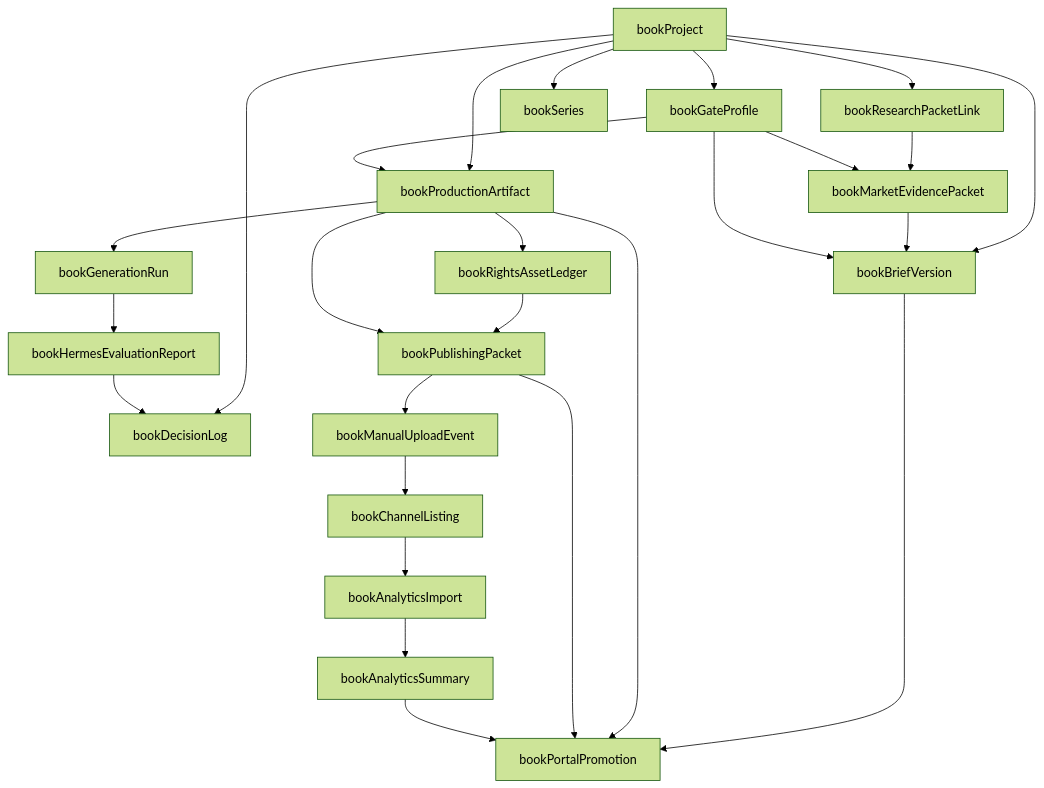
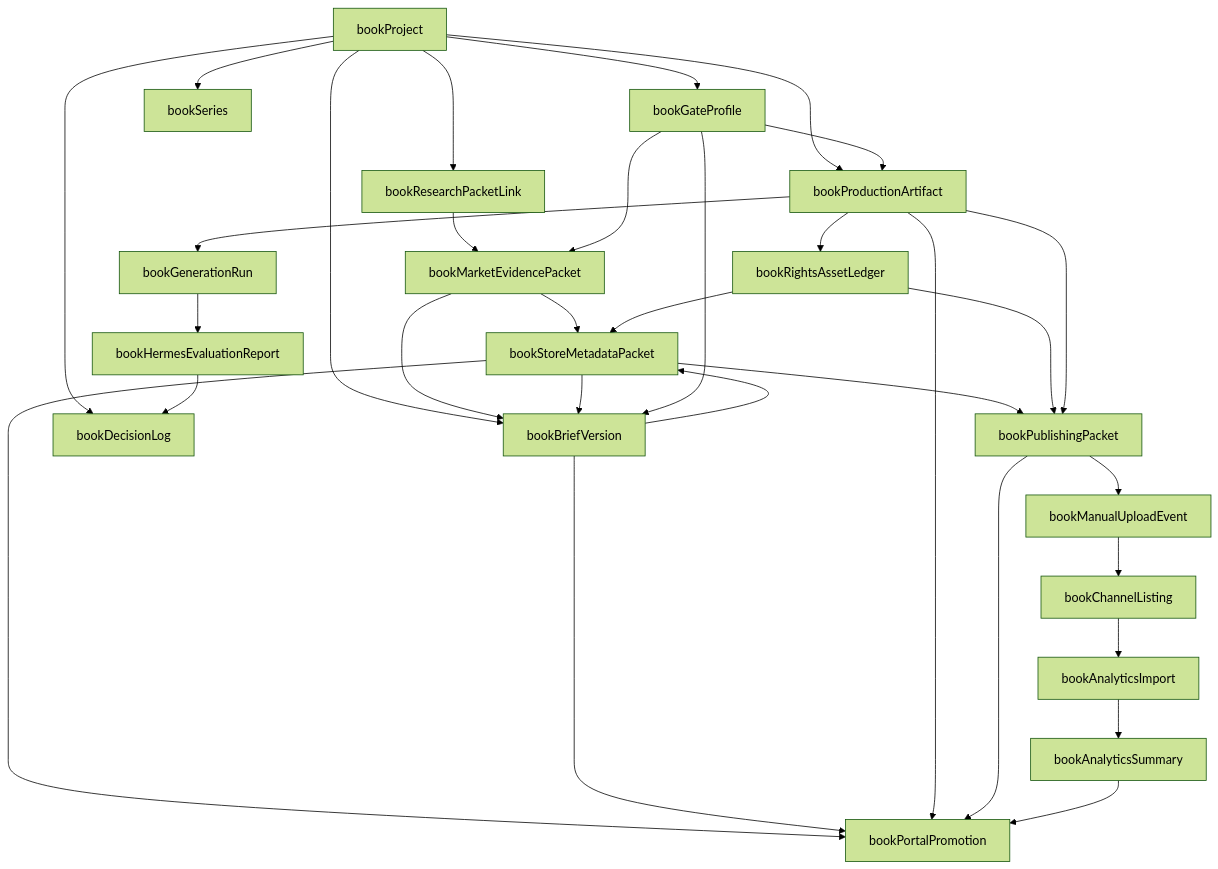
Before and after one commit to Partners-in-Biz/partnersinbiz-web: the diagram in docs/superpowers/specs/2026-06-08-book-studio-v1-domain-record-state-model.md, drawn with Mermaid (forest theme). The commit also changed other lines of this file and 12 other files, not shown here.

Commit message:
docs(book-studio): add metadata listing gate

````diff
--- a/docs/superpowers/specs/2026-06-08-book-studio-v1-domain-record-state-model.md
+++ b/docs/superpowers/specs/2026-06-08-book-studio-v1-domain-record-state-model.md
@@ -55,30 +57,36 @@
 ```mermaid
 flowchart TD
   project["bookProject"] --> gates["bookGateProfile"]
   project --> research["bookResearchPacketLink"]
   research --> market["bookMarketEvidencePacket"]
   gates --> market
+  market --> metadata["bookStoreMetadataPacket"]
   project --> brief["bookBriefVersion"]
   project --> series["bookSeries"]
   project --> artifacts["bookProductionArtifact"]
   project --> decisions["bookDecisionLog"]
 
   market --> brief
+  metadata --> brief
   gates --> brief
   gates --> artifacts
   artifacts --> generation["bookGenerationRun"]
   artifacts --> rights["bookRightsAssetLedger"]
+  brief --> metadata
+  rights --> metadata
+  metadata --> packet["bookPublishingPacket"]
   rights --> packet["bookPublishingPacket"]
   artifacts --> packet
+  metadata --> promotion
   brief --> promotion["bookPortalPromotion"]
   artifacts --> promotion
   packet --> promotion
 
   packet --> upload["bookManualUploadEvent"]
   upload --> listing["bookChannelListing"]
   listing --> analyticsImport["bookAnalyticsImport"]
   analyticsImport --> analyticsSummary["bookAnalyticsSummary"]
   analyticsSummary --> promotion
   generation --> hermesEval["bookHermesEvaluationReport"]
   hermesEval --> decisions
 ```
````
